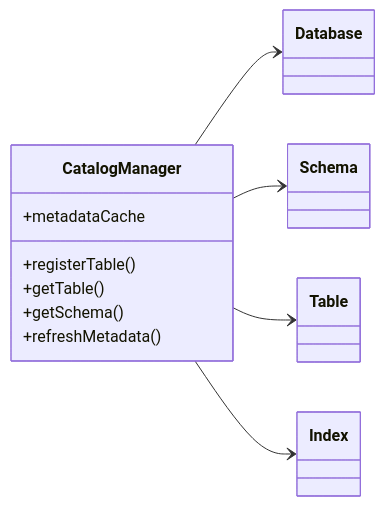
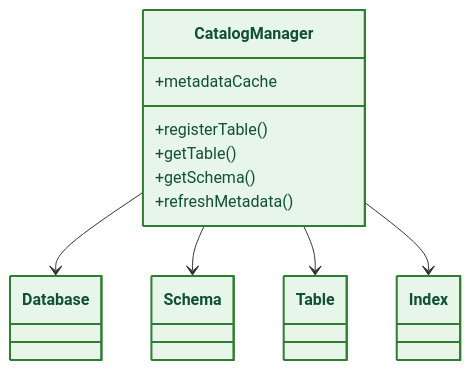
One commit to Huy1801214/dbms-architecture changed diagram 13 of 19 in docs/README.md. Above: the diagram before and after it, drawn with Mermaid. The commit also changed other lines of this file, not shown here.

Commit message:
add system architecture and class diagrams for DBMS design

````diff
--- a/docs/README.md
+++ b/docs/README.md
@@ -793,26 +1557,35 @@
 ```mermaid
 classDiagram
-direction LR
+direction TB
 
 class CatalogManager{
     +metadataCache
 
     +registerTable()
     +getTable()
     +getSchema()
     +refreshMetadata()
 }
 
 class Database
 
 class Schema
 
 class Table
 
 class Index
 
 CatalogManager --> Database
 CatalogManager --> Schema
 CatalogManager --> Table
 CatalogManager --> Index
+
+%% =====================================================
+%% STYLING DEFINITIONS
+%% =====================================================
+style CatalogManager fill:#e8f5e9,stroke:#2e7d32,stroke-width:2px,color:#0f5132
+style Database fill:#e8f5e9,stroke:#2e7d32,stroke-width:2px,color:#0f5132
+style Schema fill:#e8f5e9,stroke:#2e7d32,stroke-width:2px,color:#0f5132
+style Table fill:#e8f5e9,stroke:#2e7d32,stroke-width:2px,color:#0f5132
+style Index fill:#e8f5e9,stroke:#2e7d32,stroke-width:2px,color:#0f5132
 ```
````
